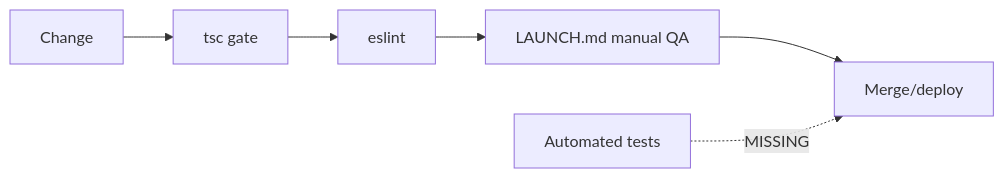
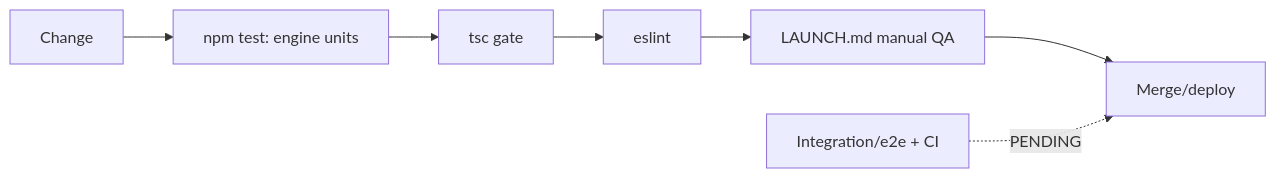
Before and after one commit to Abuzar0021/FitPlanCoach: the diagram in docs/Product-Release-Bible/chapters/23_testing.md, drawn with Mermaid. The commit also changed other lines of this file and 6 other files, not shown here.

First line of the commit message:
Drive Planned→Implemented: unit-test the core fitness engine

````diff
--- a/docs/Product-Release-Bible/chapters/23_testing.md
+++ b/docs/Product-Release-Bible/chapters/23_testing.md
@@ -33,8 +40,9 @@
 ```mermaid
 flowchart LR
-  Code[Change] --> TSC[tsc gate]
+  Code[Change] --> Unit[npm test: engine units]
+  Unit --> TSC[tsc gate]
   TSC --> Lint[eslint]
   Lint --> Manual[LAUNCH.md manual QA]
   Manual --> Ship[Merge/deploy]
-  Auto[Automated tests] -.MISSING.-> Ship
+  E2E[Integration/e2e + CI] -.PENDING.-> Ship
 ```
````
